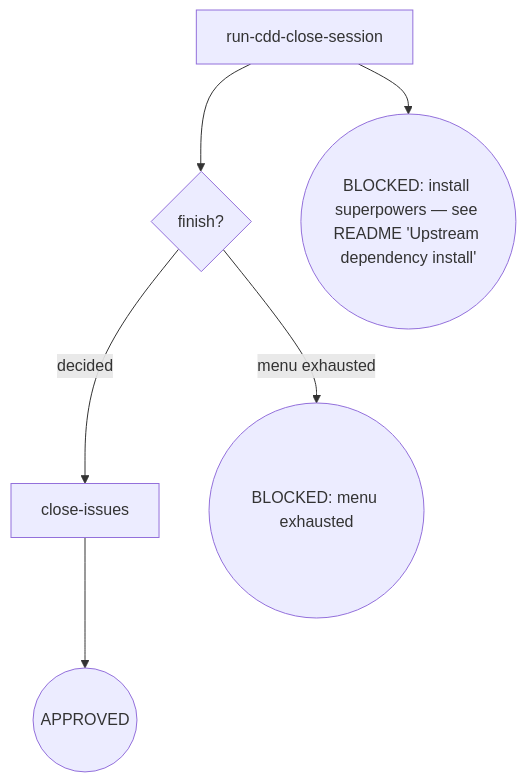
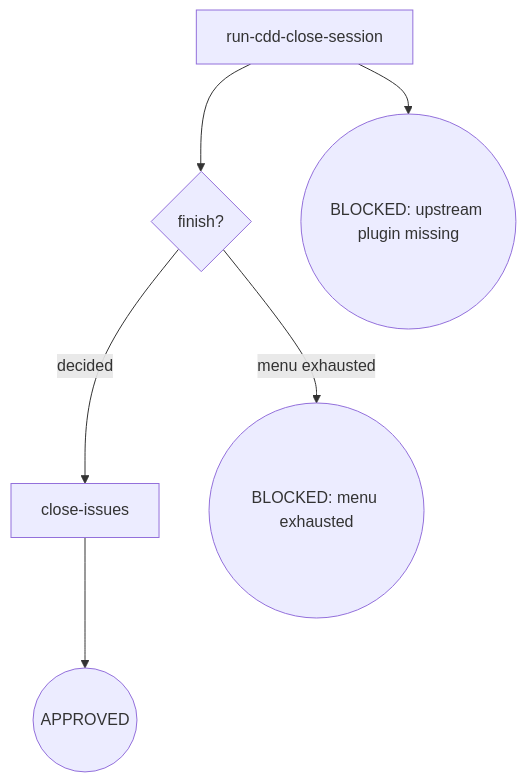
One commit to Oscaner/skills changed the diagram in packages/kairos/skills/cdd-close/SKILL.md. Above: the diagram before and after it, drawn with Mermaid. The commit also changed other lines of this file and 30 other files, not shown here.

````diff
--- a/packages/kairos/skills/cdd-close/SKILL.md
+++ b/packages/kairos/skills/cdd-close/SKILL.md
@@ -12,8 +14,8 @@
 ```mermaid
 flowchart TD
   A[run-cdd-close-session] --> F{finish?}
-  A --> Z1((BLOCKED: install superpowers — see README 'Upstream dependency install'))
+  A --> Z1((BLOCKED: upstream plugin missing))
   F -->|decided| C[close-issues]
   F -->|menu exhausted| Z2((BLOCKED: menu exhausted))
   C --> K((APPROVED))
 ```
````
